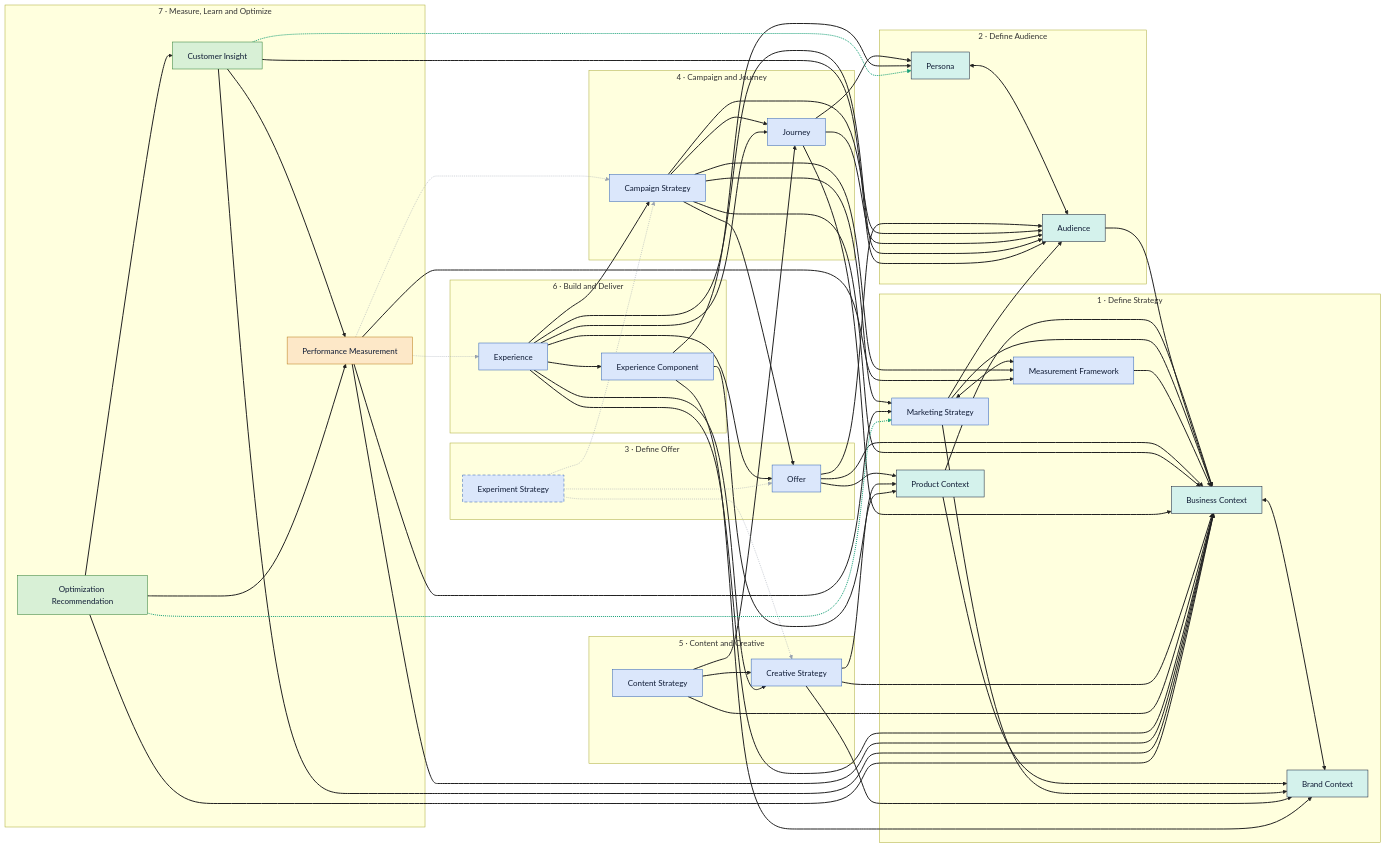
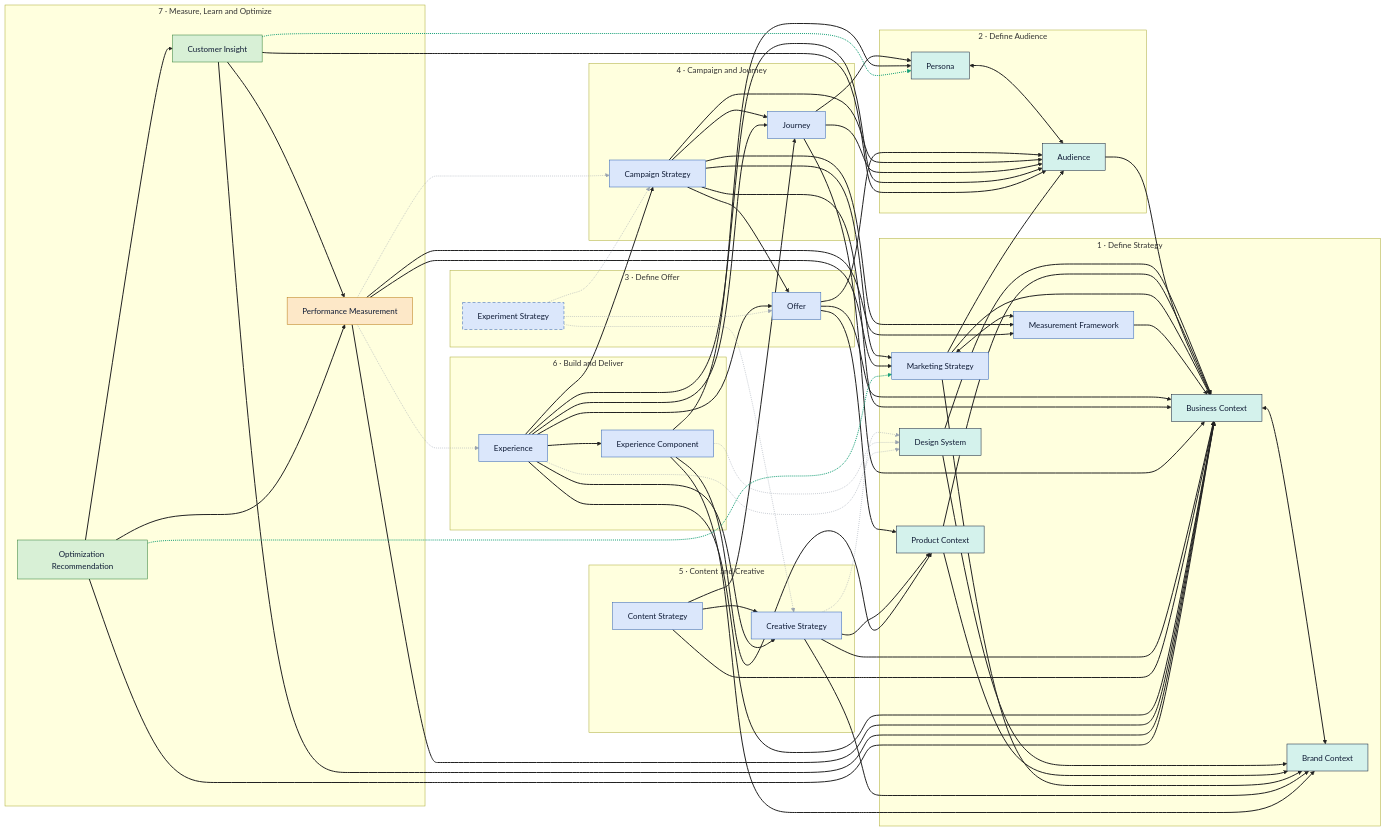
One commit to open-semantic-marketing-model/osmm changed the diagram in GRAPH.md. Above: the diagram before and after it, drawn with Mermaid. The commit also changed other lines of this file and 22 other files, not shown here.

````diff
--- a/GRAPH.md
+++ b/GRAPH.md
@@ -37,6 +37,7 @@
   subgraph p1["1 · Define Strategy"]
     business_context["Business Context"]
     brand_context["Brand Context"]
+    design_system["Design System"]
     product_context["Product Context"]
     marketing_strategy["Marketing Strategy"]
     measurement_framework["Measurement Framework"]
@@ -67,6 +68,8 @@
     optimization_recommendation["Optimization Recommendation"]
   end
   business_context <--> brand_context
+  design_system --> brand_context
+  design_system --> business_context
   product_context --> business_context
   product_context --> brand_context
   persona <--> audience
@@ -118,6 +121,9 @@
   experiment_strategy -.-> creative_strategy
   performance_measurement -.-> campaign_strategy
   performance_measurement -.-> experience
+  creative_strategy -.-> design_system
+  experience_component -.-> design_system
+  experience -.-> design_system
   customer_insight -.-> persona
   optimization_recommendation -.-> marketing_strategy
   classDef context fill:#d4f2ec,stroke:#0f1b35,color:#0f1b35;
@@ -126,12 +132,12 @@
   classDef measurement fill:#fde8c8,stroke:#b87811,color:#0f1b35;
   classDef learning fill:#d8f0d6,stroke:#2e7d32,color:#0f1b35;
   classDef backlog stroke-dasharray:6 4;
-  class business_context,brand_context,product_context,persona,audience context;
+  class business_context,brand_context,design_system,product_context,persona,audience context;
   class marketing_strategy,measurement_framework,offer,experiment_strategy,campaign_strategy,journey,creative_strategy,content_strategy,experience,experience_component workproduct;
   class performance_measurement measurement;
   class customer_insight,optimization_recommendation learning;
   class experiment_strategy backlog;
-  linkStyle 0,1,2,3,4,5,6,7,8,9,10,11,12,13,14,15,16,17,18,19,20,21,22,23,24,25,26,27,28,29,30,31,32,33,34,35,36,37,38,39,40,41,42,43,44,45,46 stroke:#222222,stroke-width:2px;
-  linkStyle 47,48,49,50,51 stroke:#9aa3af,stroke-width:1px;
-  linkStyle 52,53 stroke:#1aa179,stroke-width:2px;
+  linkStyle 0,1,2,3,4,5,6,7,8,9,10,11,12,13,14,15,16,17,18,19,20,21,22,23,24,25,26,27,28,29,30,31,32,33,34,35,36,37,38,39,40,41,42,43,44,45,46,47,48 stroke:#222222,stroke-width:2px;
+  linkStyle 49,50,51,52,53,54,55,56 stroke:#9aa3af,stroke-width:1px;
+  linkStyle 57,58 stroke:#1aa179,stroke-width:2px;
 ```
````
